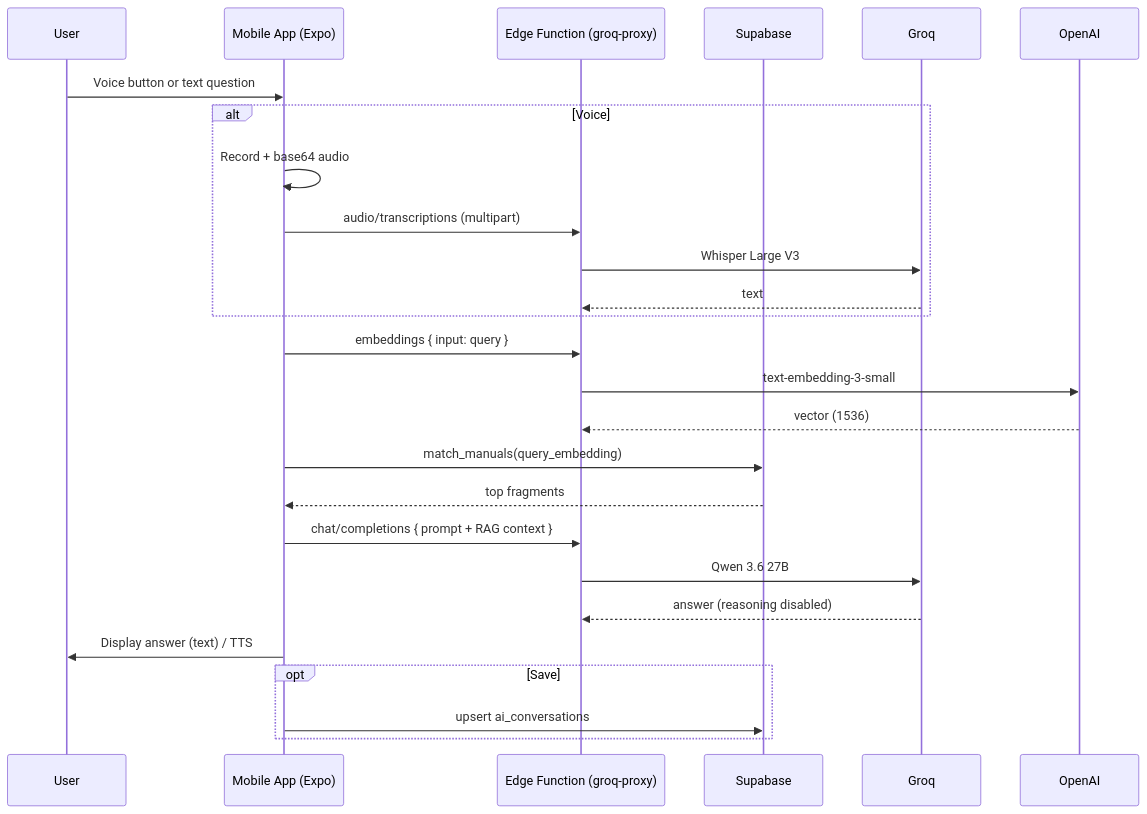
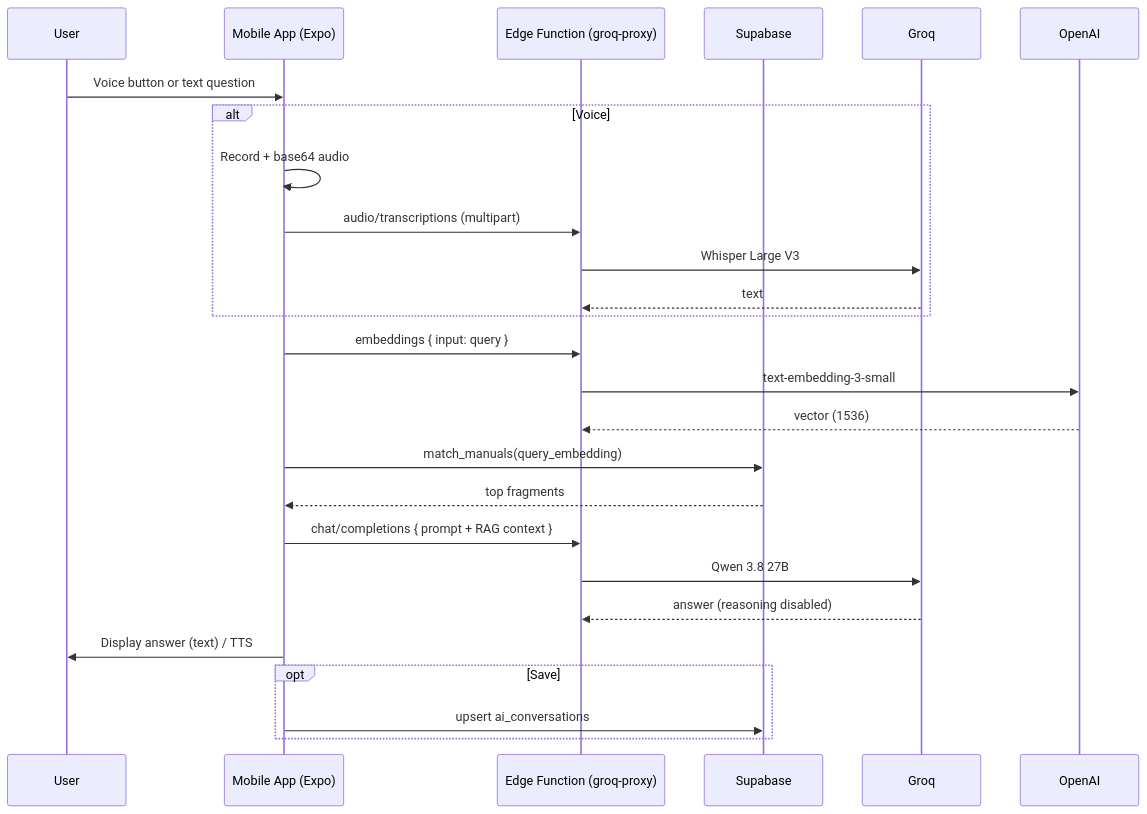
Before and after one commit to garciadervin/dentify: the second of 3 diagrams in PRD.md, drawn with Mermaid. The commit also changed other lines of this file and 61 other files, not shown here.

````diff
--- a/PRD.md
+++ b/PRD.md
@@ -288,29 +288,29 @@
 ```mermaid
 sequenceDiagram
     participant User
     participant MobileApp as Mobile App (Expo)
     participant Edge as Edge Function (groq-proxy)
     participant Supabase
     participant Groq
     participant OpenAI
 
     User->>MobileApp: Voice button or text question
     alt Voice
         MobileApp->>MobileApp: Record + base64 audio
         MobileApp->>Edge: audio/transcriptions (multipart)
         Edge->>Groq: Whisper Large V3
         Groq-->>Edge: text
     end
     MobileApp->>Edge: embeddings { input: query }
     Edge->>OpenAI: text-embedding-3-small
     OpenAI-->>Edge: vector (1536)
     MobileApp->>Supabase: match_manuals(query_embedding)
     Supabase-->>MobileApp: top fragments
     MobileApp->>Edge: chat/completions { prompt + RAG context }
-    Edge->>Groq: Qwen 3.6 27B
+    Edge->>Groq: Qwen 3.8 27B
     Groq-->>Edge: answer (reasoning disabled)
     MobileApp->>User: Display answer (text) / TTS
     opt Save
         MobileApp->>Supabase: upsert ai_conversations
     end
 ```
````
